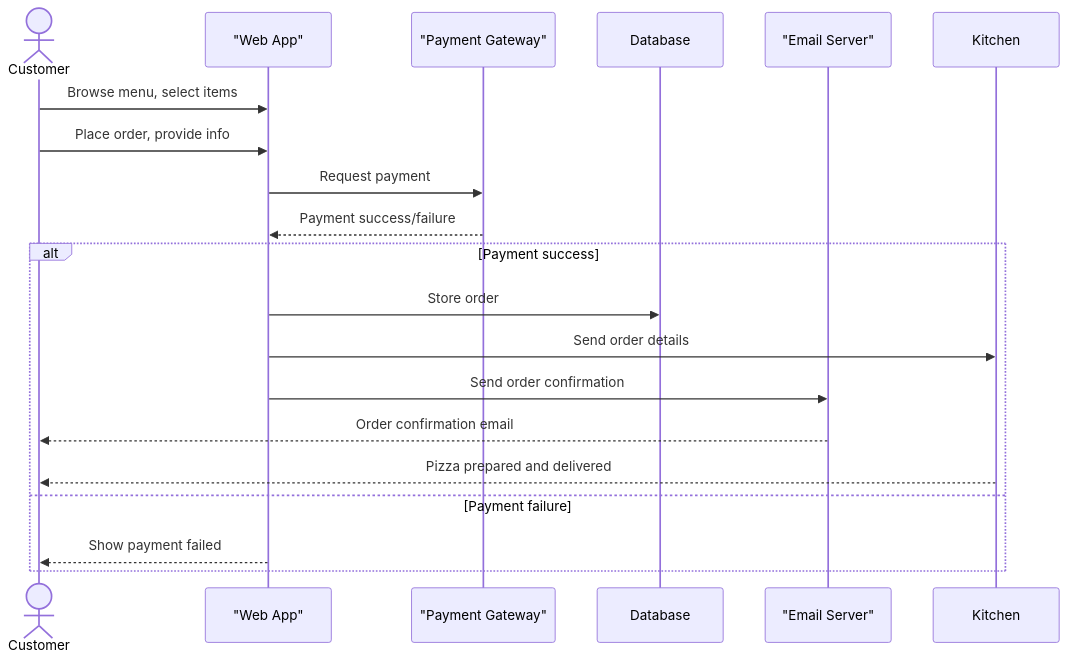
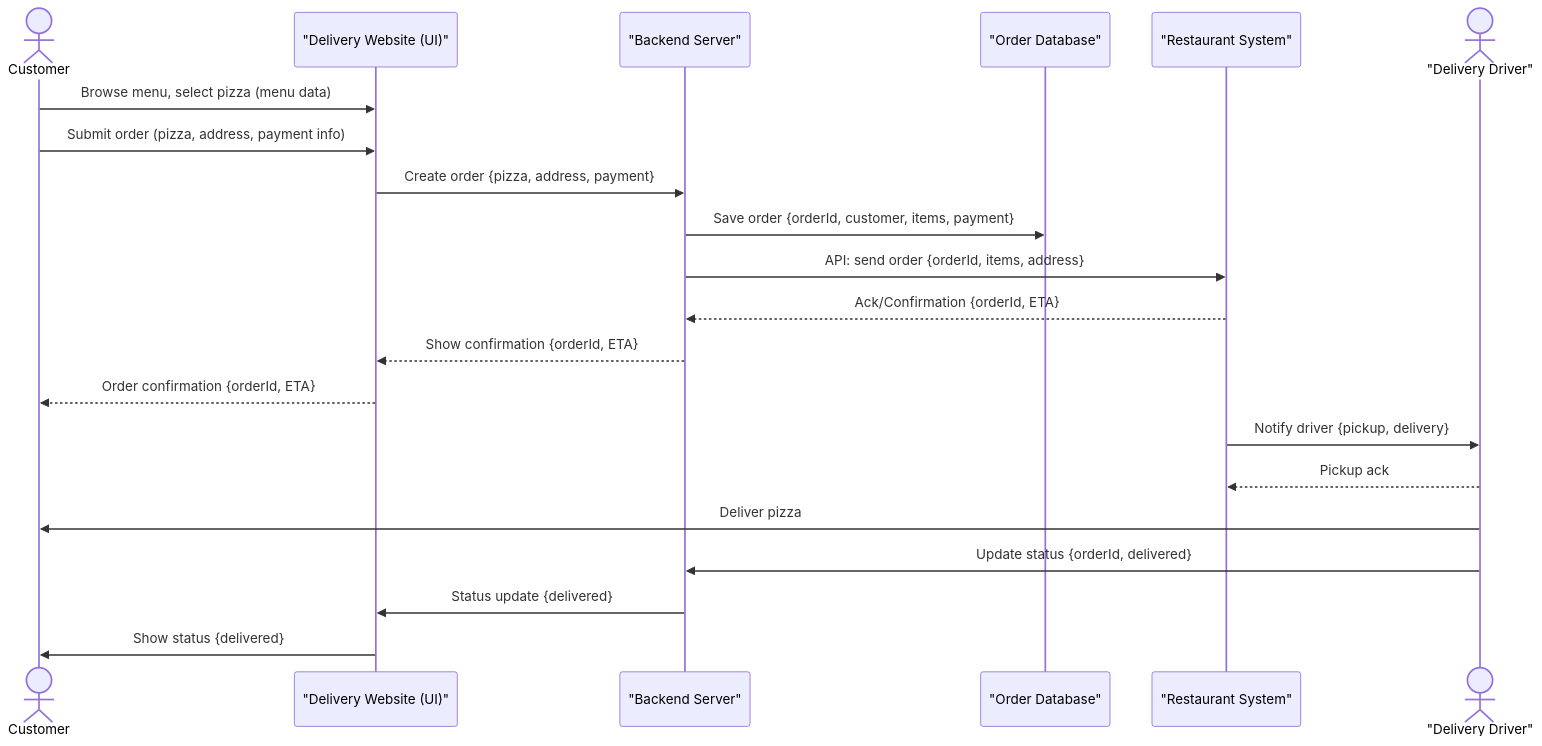
Before and after one commit to swiss/e-collecting-hackathon-team9: the second of 2 diagrams in README.md, drawn with Mermaid. The commit also changed other lines of this file, not shown here.

````diff
--- a/README.md
+++ b/README.md
@@ -20,25 +44,26 @@
 ```mermaid
 
 sequenceDiagram
     actor Customer
-    participant WebApp as "Web App"
-    participant PaymentGateway as "Payment Gateway"
-    participant Database
-    participant EmailSrv as "Email Server"
-    participant Kitchen
+    participant WebApp as "Delivery Website (UI)"
+    participant Backend as "Backend Server"
+    participant DB as "Order Database"
+    participant Restaurant as "Restaurant System"
+    actor Driver as "Delivery Driver"
 
-    Customer->>WebApp: Browse menu, select items
-    Customer->>WebApp: Place order, provide info
-    WebApp->>PaymentGateway: Request payment
-    PaymentGateway-->>WebApp: Payment success/failure
-    alt Payment success
-        WebApp->>Database: Store order
-        WebApp->>Kitchen: Send order details
-        WebApp->>EmailSrv: Send order confirmation
-        EmailSrv-->>Customer: Order confirmation email
-        Kitchen-->>Customer: Pizza prepared and delivered
-    else Payment failure
-        WebApp-->>Customer: Show payment failed
-    end
+    Customer->>WebApp: Browse menu, select pizza (menu data)
+    Customer->>WebApp: Submit order (pizza, address, payment info)
+    WebApp->>Backend: Create order {pizza, address, payment}
+    Backend->>DB: Save order {orderId, customer, items, payment}
+    Backend->>Restaurant: API: send order {orderId, items, address}
+    Restaurant-->>Backend: Ack/Confirmation {orderId, ETA}
+    Backend-->>WebApp: Show confirmation {orderId, ETA}
+    WebApp-->>Customer: Order confirmation {orderId, ETA}
+    Restaurant->>Driver: Notify driver {pickup, delivery}
+    Driver-->>Restaurant: Pickup ack
+    Driver->>Customer: Deliver pizza
+    Driver->>Backend: Update status {orderId, delivered}
+    Backend->>WebApp: Status update {delivered}
+    WebApp->>Customer: Show status {delivered}
 
 ```
````
